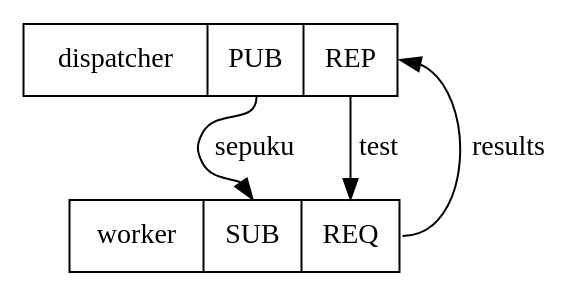
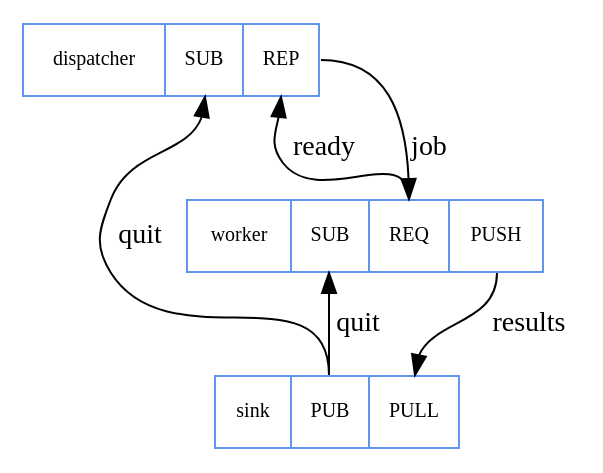
One commit to briandunn/flatware changed the diagram in connections.dot. Above: the diagram before and after it, drawn with Graphviz.

Commit message:
update graph

```diff
--- a/connections.dot
+++ b/connections.dot
@@ -1,7 +1,16 @@
 digraph {
-  dispatcher [label="dispatcher | <pub> PUB | <rep> REP", shape=record];
-  worker     [label="worker     | <sub> SUB | <req> REQ", shape=record];
-  dispatcher:pub -> worker:sub     [label=sepuku];
-  worker:req     -> dispatcher:rep [label=results];
-  dispatcher:rep -> worker:req     [label=test];
+  node [color=cornflowerblue];
+  subgraph {
+    node [shape=record, fontsize=10.0];
+    dispatcher [label="dispatcher | <sub> SUB | <rep>  REP"];
+    worker     [label="worker     | <sub> SUB | <req>  REQ | <push> PUSH"];
+    sink       [label="sink       | <pub> PUB | <pull> PULL"];
+  }
+  subgraph {
+    sink:pub       -> dispatcher:sub [label=quit];
+    sink:pub       -> worker:sub     [label=quit];
+    worker:push    -> sink:pull      [label=results];
+    worker:req     -> dispatcher:rep [label=ready];
+    dispatcher:rep -> worker:req     [label=job];
+  }
 }
```
